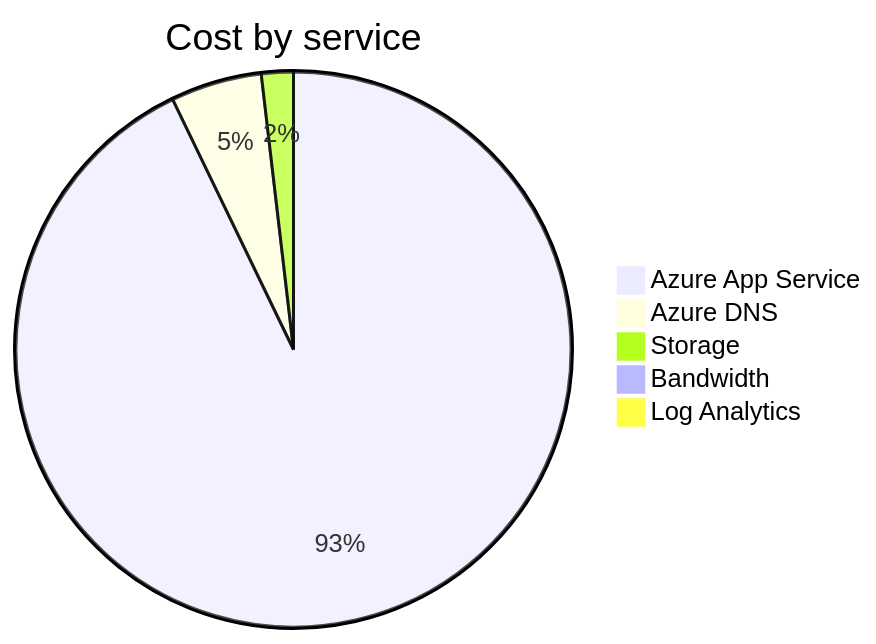
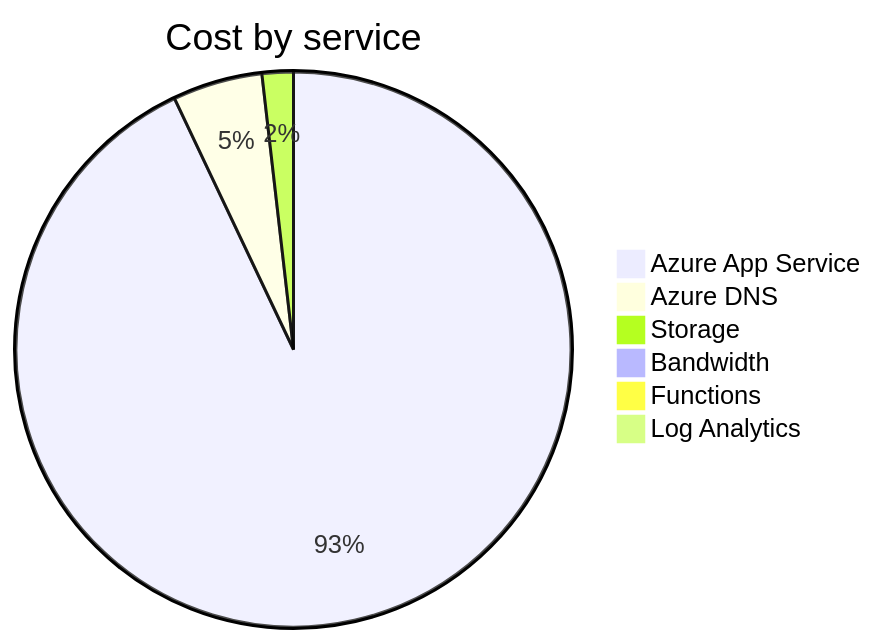
One commit to jpfulton/azure-personal-reports changed the second of 4 diagrams in cost-reports/accumulated-cost.md. Above: the diagram before and after it, drawn with Mermaid. The commit also changed other lines of this file and 4 other files, not shown here.

````diff
--- a/cost-reports/accumulated-cost.md
+++ b/cost-reports/accumulated-cost.md
@@ -97,9 +98,10 @@
 ```mermaid
 pie
    title Cost by service
-   "Azure App Service" : 3.50
-   "Azure DNS" : 0.20
-   "Storage" : 0.07
+   "Azure App Service" : 4.09
+   "Azure DNS" : 0.23
+   "Storage" : 0.08
    "Bandwidth" : 0.00
+   "Functions" : 0.00
    "Log Analytics" : 0.00
 ```
````
